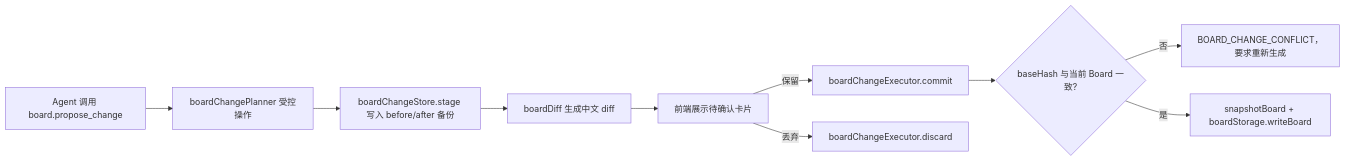
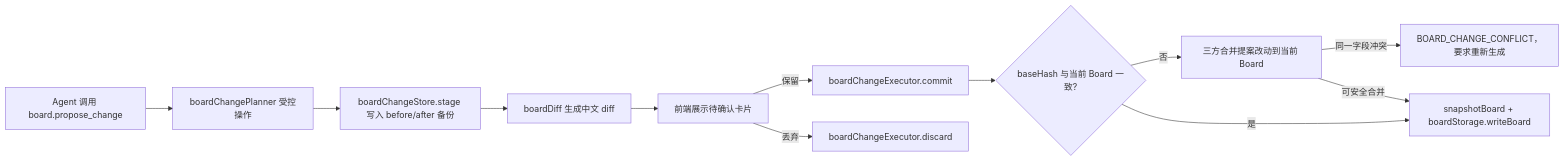
The sixth of 7 diagrams in docs/ARCHITECTURE_AND_EXTENSION_GUIDE.md (Long95percent/StepView), drawn with Mermaid before and after one commit. The commit also changed other lines of this file and 3 other files, not shown here.

Commit message:
fix: rebase board approvals onto current board

````diff
--- a/docs/ARCHITECTURE_AND_EXTENSION_GUIDE.md
+++ b/docs/ARCHITECTURE_AND_EXTENSION_GUIDE.md
@@ -494,12 +494,14 @@
 ```mermaid
 flowchart LR
     AGENT[Agent 调用 board.propose_change] --> PLAN[boardChangePlanner 受控操作]
     PLAN --> SNAPSHOT[boardChangeStore.stage 写入 before/after 备份]
     SNAPSHOT --> DIFF[boardDiff 生成中文 diff]
     DIFF --> REVIEW[前端展示待确认卡片]
     REVIEW -->|保留| COMMIT[boardChangeExecutor.commit]
     REVIEW -->|丢弃| DISCARD[boardChangeExecutor.discard]
     COMMIT --> HASH{baseHash 与当前 Board 一致?}
-    HASH -->|否| CONFLICT[BOARD_CHANGE_CONFLICT，要求重新生成]
-    HASH -->|是| WRITE[snapshotBoard + boardStorage.writeBoard]
+    HASH -->|否| REBASE[三方合并提案改动到当前 Board]
+    REBASE -->|同一字段冲突| CONFLICT[BOARD_CHANGE_CONFLICT，要求重新生成]
+    REBASE -->|可安全合并| WRITE[snapshotBoard + boardStorage.writeBoard]
+    HASH -->|是| WRITE
 ```
````
